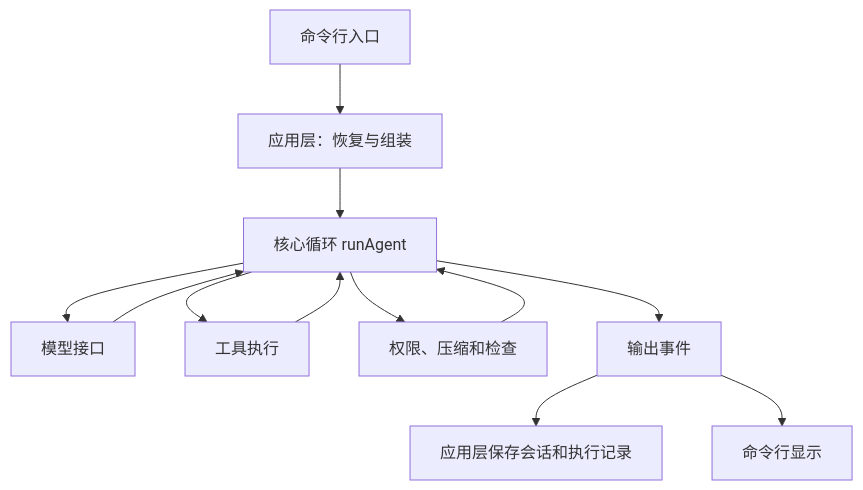
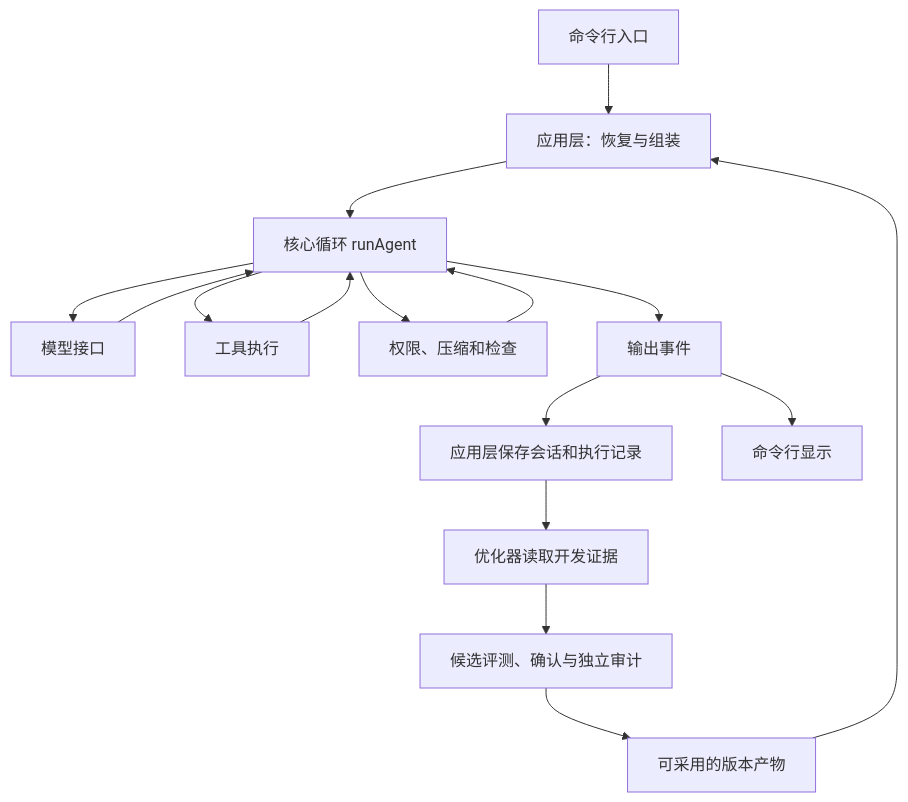
One commit to white-sand-grand/harness-build changed the second of 2 diagrams in docs/learn/README.md. Above: the diagram before and after it, drawn with Mermaid. The commit also changed other lines of this file and 58 other files, not shown here.

````diff
--- a/docs/learn/README.md
+++ b/docs/learn/README.md
@@ -58,14 +82,18 @@
 ```mermaid
 flowchart TD
     CLI[命令行入口] --> APP[应用层：恢复与组装]
     APP --> LOOP[核心循环 runAgent]
     LOOP --> MODEL[模型接口]
     LOOP --> TOOLS[工具执行]
     LOOP --> HOOKS[权限、压缩和检查]
     LOOP --> EVENTS[输出事件]
     EVENTS --> STORE[应用层保存会话和执行记录]
     EVENTS --> UI[命令行显示]
+    STORE --> OPT[优化器读取开发证据]
+    OPT --> EVAL[候选评测、确认与独立审计]
+    EVAL --> ARTIFACT[可采用的版本产物]
+    ARTIFACT --> APP
     MODEL --> LOOP
     TOOLS --> LOOP
     HOOKS --> LOOP
 ```
````
